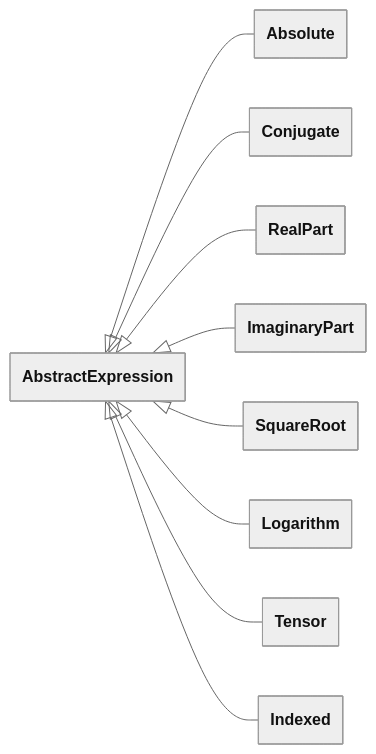
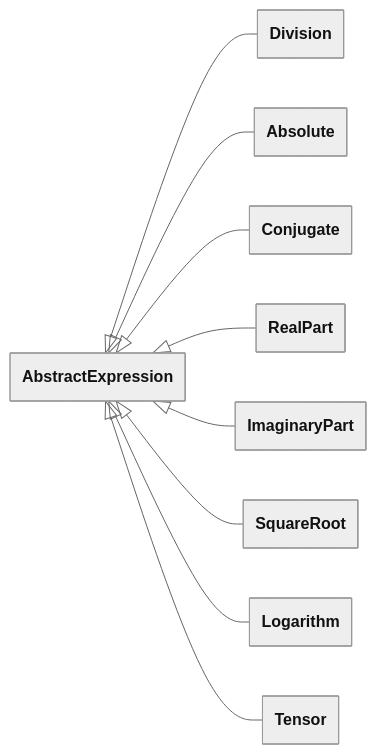
One commit to FEniCS/uflx changed the fourth of 12 diagrams in design/language.md. Above: the diagram before and after it, drawn with Mermaid. The commit also changed other lines of this file and 1 other file, not shown here.

````diff
--- a/design/language.md
+++ b/design/language.md
@@ -4076,22 +4158,22 @@
 ```mermaid
 ---
 config:
   theme: neutral
   look: classic
   class:
     theme: neutral
     look: classic
     hideEmptyMembersBox: true
 ---
 classDiagram
     direction LR
     accTitle: Algebra class hierarchy (2 of 3)
+    AbstractExpression <|-- Division
     AbstractExpression <|-- Absolute
     AbstractExpression <|-- Conjugate
     AbstractExpression <|-- RealPart
     AbstractExpression <|-- ImaginaryPart
     AbstractExpression <|-- SquareRoot
     AbstractExpression <|-- Logarithm
     AbstractExpression <|-- Tensor
-    AbstractExpression <|-- Indexed
 ```
````
